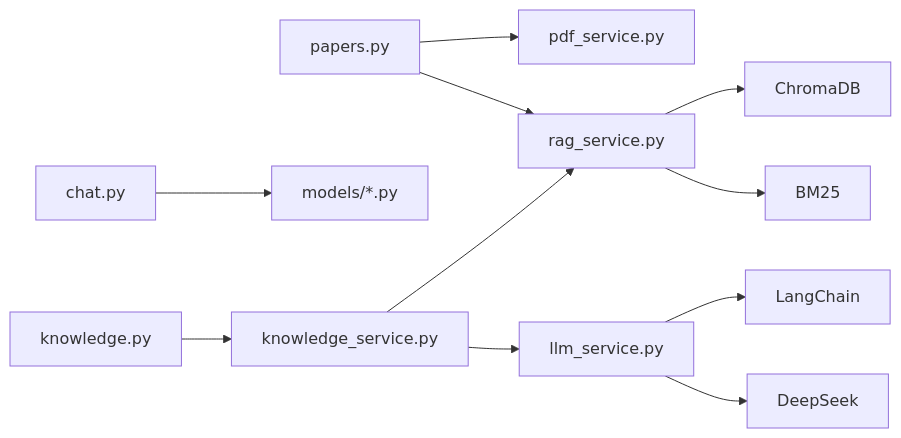
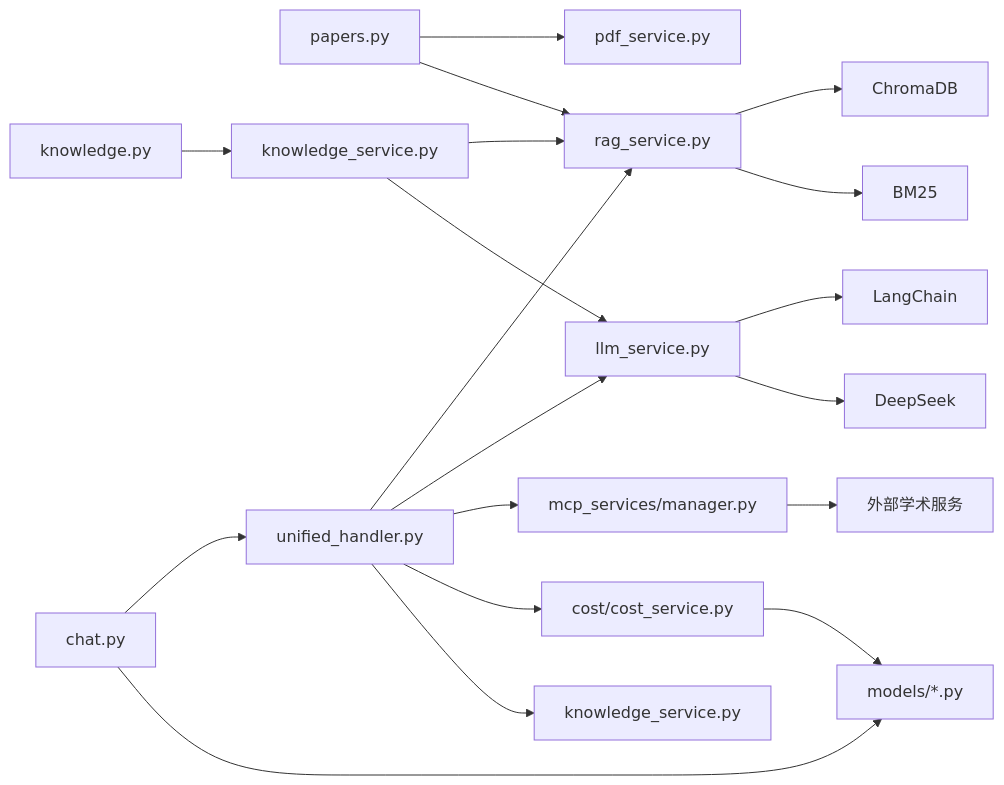
Before and after one commit to laohanhahaha/PaperChat: the eighth of 8 diagrams in .qoder/repowiki/zh/content/后端系统/后端系统.md, drawn with Mermaid. The commit also changed other lines of this file and 59 other files, not shown here.

````diff
--- a/.qoder/repowiki/zh/content/后端系统/后端系统.md
+++ b/.qoder/repowiki/zh/content/后端系统/后端系统.md
@@ -302,13 +433,21 @@
 ```mermaid
 graph LR
 P["papers.py"] --> PDF["pdf_service.py"]
 P --> RAG["rag_service.py"]
-C["chat.py"] --> DB["models/*.py"]
+C["chat.py"] --> UNIFIED["unified_handler.py"]
+UNIFIED --> RAG
+UNIFIED --> LLM["llm_service.py"]
+UNIFIED --> MCP["mcp_services/manager.py"]
+UNIFIED --> COST["cost/cost_service.py"]
+UNIFIED --> KNOWLEDGE["knowledge_service.py"]
+C --> DB["models/*.py"]
 K["knowledge.py"] --> KS["knowledge_service.py"]
 KS --> RAG
-KS --> LLM["llm_service.py"]
+KS --> LLM
 RAG --> VDB["ChromaDB"]
 RAG --> BM25["BM25"]
 LLM --> LC["LangChain"]
 LLM --> DS["DeepSeek"]
+COST --> DB
+MCP --> EXT["外部学术服务"]
 ```
````
